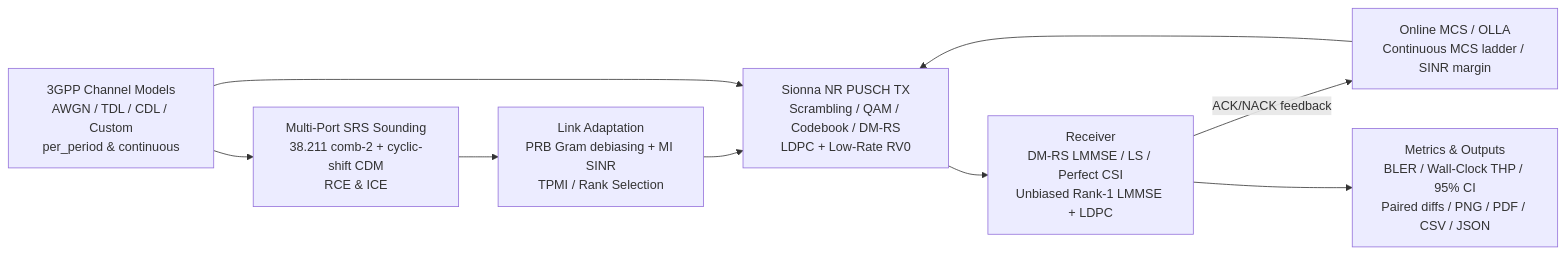
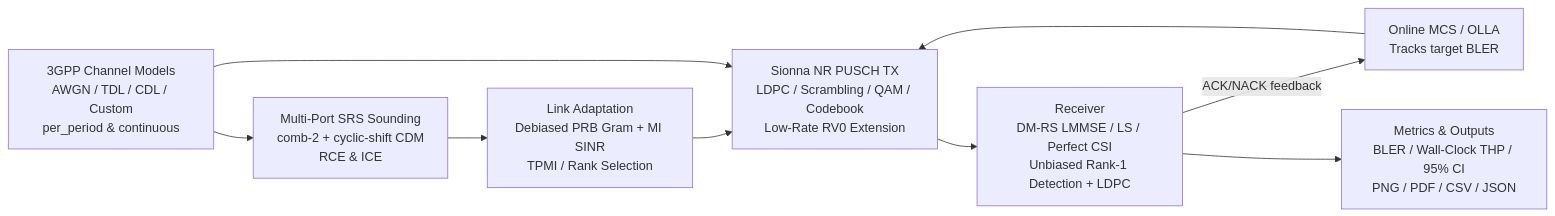
One commit to zhangzij15/nr-pusch-baseline changed the diagram in README_EN.md. Above: the diagram before and after it, drawn with Mermaid. The commit also changed other lines of this file and 1 other file, not shown here.

````diff
--- a/README_EN.md
+++ b/README_EN.md
@@ -95,11 +99,11 @@
 ```mermaid
 flowchart LR
-  CIR["3GPP Channel Models<br/>AWGN / TDL / CDL / Custom<br/>per_period & continuous"] --> SRS["Multi-Port SRS Sounding<br/>38.211 comb-2 + cyclic-shift CDM<br/>RCE & ICE"]
-  SRS --> LA["Link Adaptation<br/>PRB Gram debiasing + MI SINR<br/>TPMI / Rank Selection"]
-  LA --> TX["Sionna NR PUSCH TX<br/>Scrambling / QAM / Codebook / DM-RS<br/>LDPC + Low-Rate RV0"]
+  CIR["3GPP Channel Models<br/>AWGN / TDL / CDL / Custom<br/>per_period & continuous"] --> SRS["Multi-Port SRS Sounding<br/>comb-2 + cyclic-shift CDM<br/>RCE & ICE"]
+  SRS --> LA["Link Adaptation<br/>Debiased PRB Gram + MI SINR<br/>TPMI / Rank Selection"]
+  LA --> TX["Sionna NR PUSCH TX<br/>LDPC / Scrambling / QAM / Codebook<br/>Low-Rate RV0 Extension"]
   CIR --> TX
-  TX --> RX["Receiver<br/>DM-RS LMMSE / LS / Perfect CSI<br/>Unbiased Rank-1 LMMSE + LDPC"]
-  RX -->|"ACK/NACK feedback"| MCS["Online MCS / OLLA<br/>Continuous MCS ladder / SINR margin"]
+  TX --> RX["Receiver<br/>DM-RS LMMSE / LS / Perfect CSI<br/>Unbiased Rank-1 Detection + LDPC"]
+  RX -->|"ACK/NACK feedback"| MCS["Online MCS / OLLA<br/>Tracks target BLER"]
   MCS --> TX
-  RX --> OUT["Metrics & Outputs<br/>BLER / Wall-Clock THP / 95% CI<br/>Paired diffs / PNG / PDF / CSV / JSON"]
+  RX --> OUT["Metrics & Outputs<br/>BLER / Wall-Clock THP / 95% CI<br/>PNG / PDF / CSV / JSON"]
 ```
````
